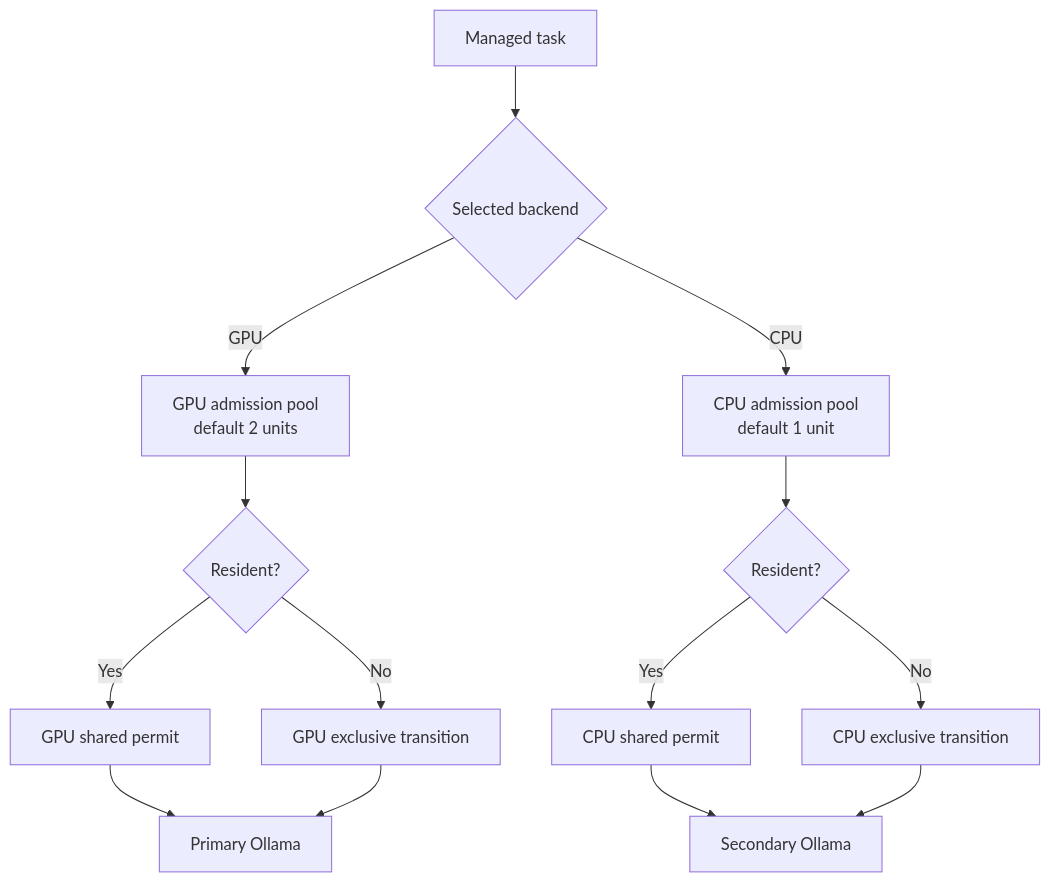
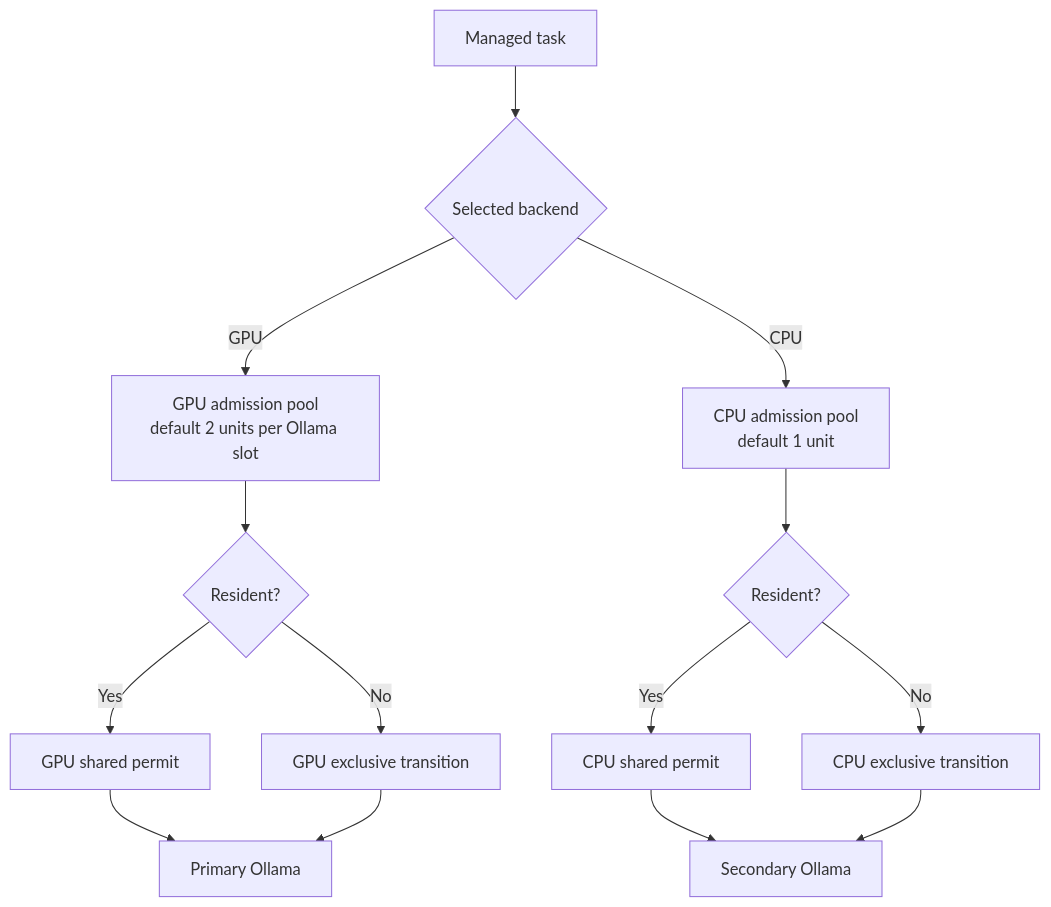
The second of 3 diagrams in docs/CPU_GPU_ROUTING.md (bgauryy/FreeLlama), drawn with Mermaid before and after one commit. The commit also changed other lines of this file and 229 other files, not shown here.

````diff
--- a/docs/CPU_GPU_ROUTING.md
+++ b/docs/CPU_GPU_ROUTING.md
@@ -211,16 +227,16 @@
 ```mermaid
 flowchart TD
     T["Managed task"] --> B{"Selected backend"}
-    B -->|"GPU"| GA["GPU admission pool<br/>default 2 units"]
+    B -->|"GPU"| GA["GPU admission pool<br/>default 2 units per Ollama slot"]
     B -->|"CPU"| CA["CPU admission pool<br/>default 1 unit"]
     GA --> GL{"Resident?"}
     CA --> CL{"Resident?"}
     GL -->|"Yes"| GR["GPU shared permit"]
     GL -->|"No"| GX["GPU exclusive transition"]
     CL -->|"Yes"| CR["CPU shared permit"]
     CL -->|"No"| CX["CPU exclusive transition"]
     GR --> GO["Primary Ollama"]
     GX --> GO
     CR --> CO["Secondary Ollama"]
     CX --> CO
 ```
````
